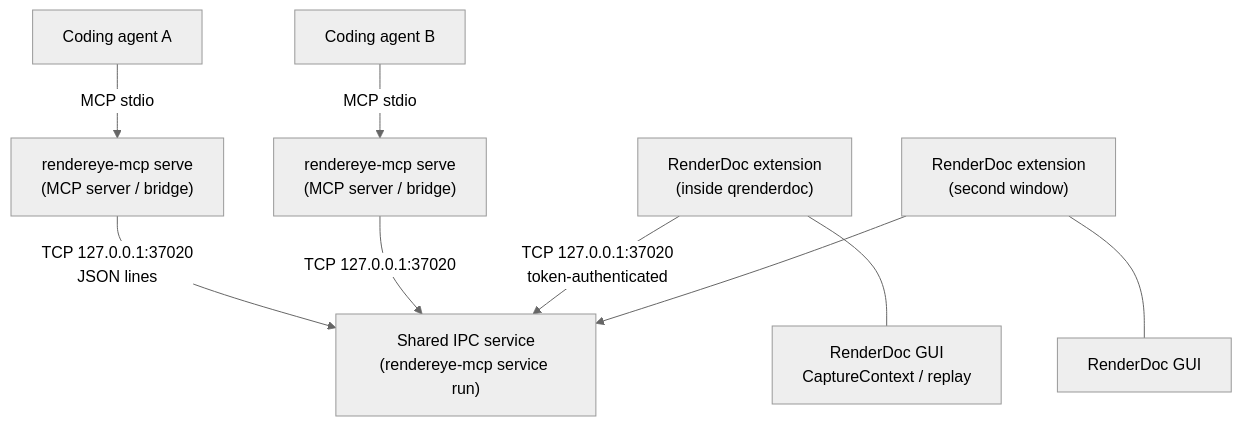
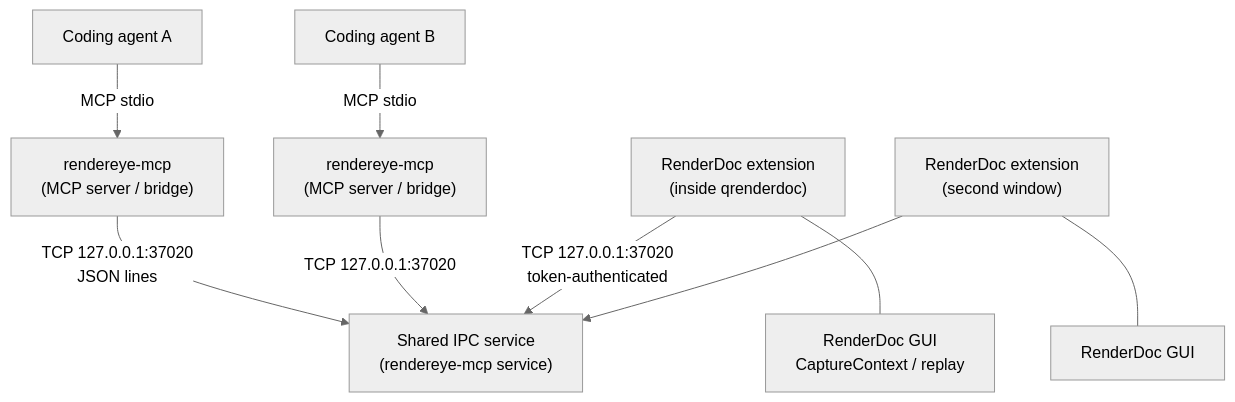
The diagram in docs/en/architecture.md (taqu/RenderEyeMCP), drawn with Mermaid (neutral theme) before and after one commit. The commit also changed other lines of this file and 69 other files, not shown here.

````diff
--- a/docs/en/architecture.md
+++ b/docs/en/architecture.md
@@ -11,11 +9,11 @@
 ```mermaid
 flowchart TB
-    A1[Coding agent A] -- MCP stdio --> B1["rendereye-mcp serve<br/>(MCP server / bridge)"]
-    A2[Coding agent B] -- MCP stdio --> B2["rendereye-mcp serve<br/>(MCP server / bridge)"]
-    B1 -- "TCP 127.0.0.1:37020<br/>JSON lines" --> S["Shared IPC service<br/>(rendereye-mcp service run)"]
+    A1[Coding agent A] -- MCP stdio --> B1["rendereye-mcp<br/>(MCP server / bridge)"]
+    A2[Coding agent B] -- MCP stdio --> B2["rendereye-mcp<br/>(MCP server / bridge)"]
+    B1 -- "TCP 127.0.0.1:37020<br/>JSON lines" --> S["Shared IPC service<br/>(rendereye-mcp service)"]
     B2 -- "TCP 127.0.0.1:37020" --> S
     E1["RenderDoc extension<br/>(inside qrenderdoc)"] -- "TCP 127.0.0.1:37020<br/>token-authenticated" --> S
     E1 --- R1["RenderDoc GUI<br/>CaptureContext / replay"]
     E2["RenderDoc extension<br/>(second window)"] --> S
     E2 --- R2[RenderDoc GUI]
 ```
````
